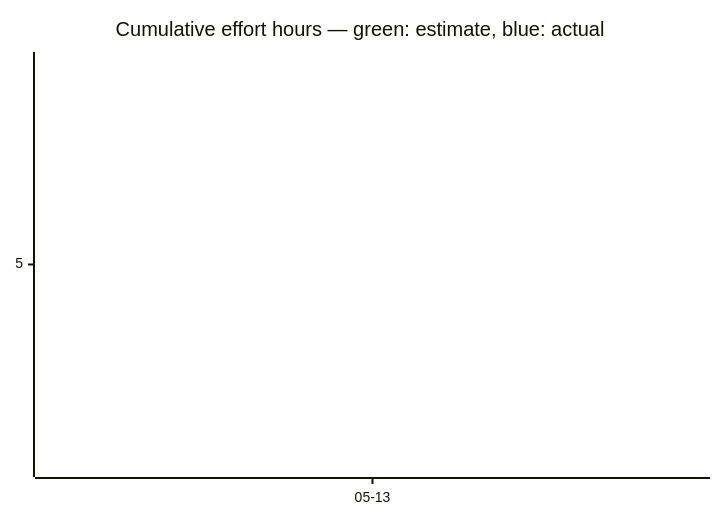
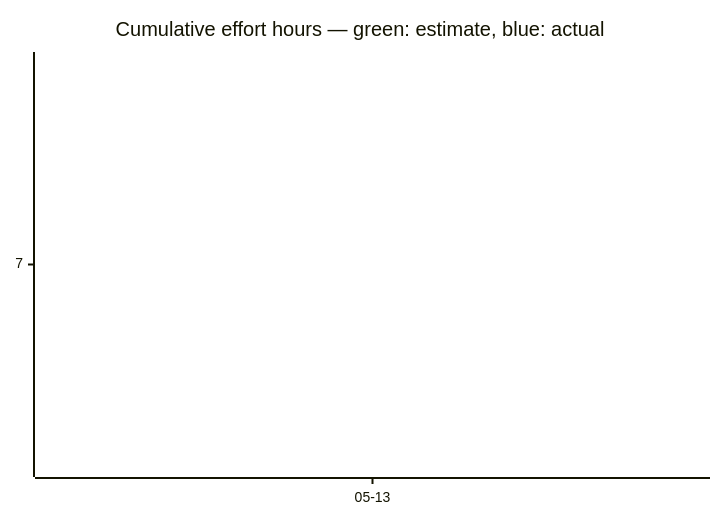
One commit to tgd1975/CircuitSmith changed the third of 3 diagrams in docs/developers/tasks/OVERVIEW.md. Above: the diagram before and after it, drawn with Mermaid. The commit also changed other lines of this file and 74 other files, not shown here.

````diff
--- a/docs/developers/tasks/OVERVIEW.md
+++ b/docs/developers/tasks/OVERVIEW.md
@@ -39,7 +39,7 @@
 ```mermaid
 xychart-beta
     title "Cumulative effort hours — green: estimate, blue: actual"
     x-axis ["05-13"]
-    line [5]
-    line [5]
+    line [7]
+    line [7]
 ```
````
